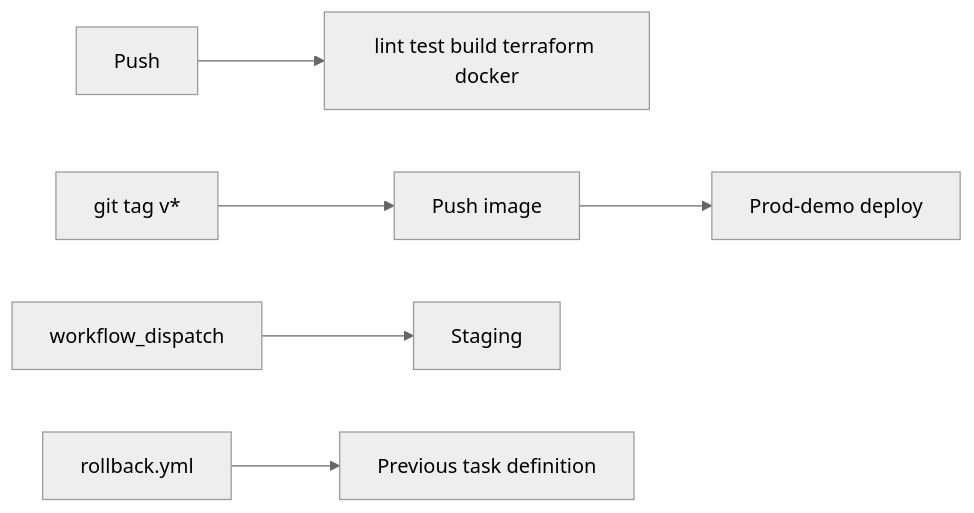
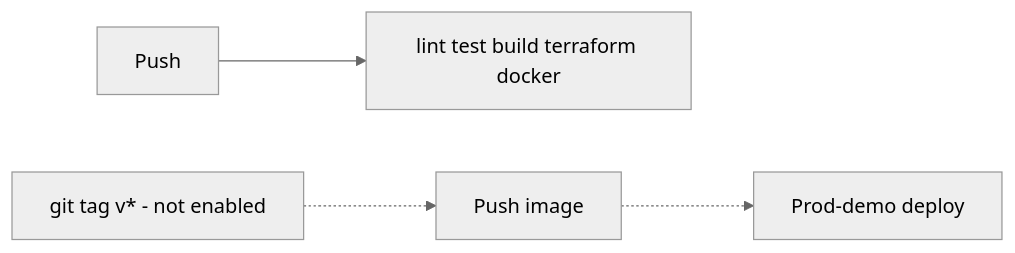
The third of 3 diagrams in README.md (mohakhan1219/img-compass-canada), drawn with Mermaid (neutral theme) before and after one commit. The commit also changed other lines of this file and 15 other files, not shown here.

````diff
--- a/README.md
+++ b/README.md
@@ -116,8 +126,6 @@
 ```mermaid
 flowchart LR
   Push --> CI[lint test build terraform docker]
-  Tag[git tag v*] --> ECR[Push image]
-  ECR --> ECS[Prod-demo deploy]
-  Manual[workflow_dispatch] --> Staging
-  Rollback[rollback.yml] --> PrevTD[Previous task definition]
+  Tag[git tag v* - not enabled] -.-> ECR[Push image]
+  ECR -.-> ECS[Prod-demo deploy]
 ```
````
